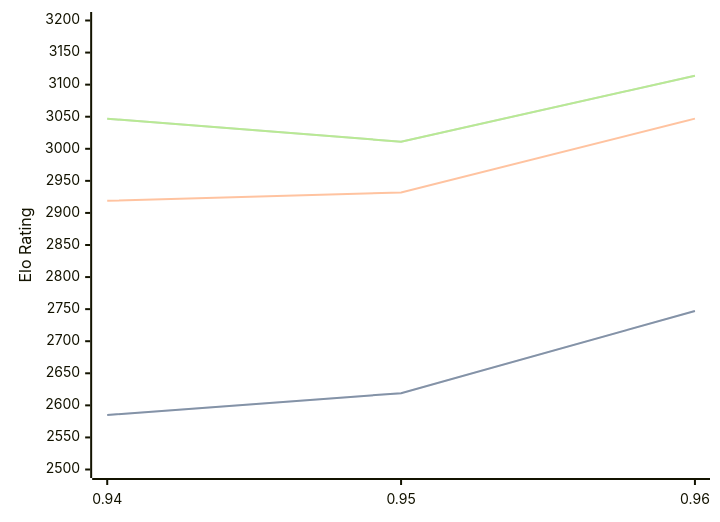
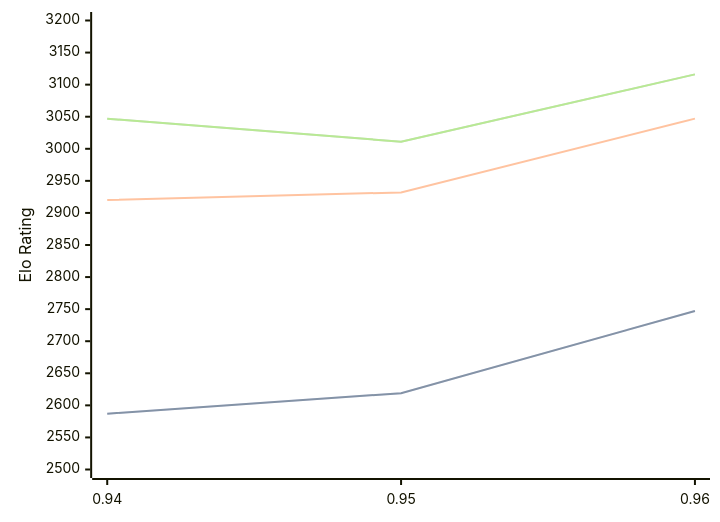
One commit to computer-chess-index/cci changed the third of 3 diagrams in engines/Myrddin.md. Above: the diagram before and after it, drawn with Mermaid. The commit also changed other lines of this file, not shown here.

Commit message:
Update CCI Ratings (ELO VLTC) - 2026-07-04

````diff
--- a/engines/Myrddin.md
+++ b/engines/Myrddin.md
@@ -71,11 +71,11 @@
 ```mermaid
 %%{init: {"theme":"base","themeVariables":{"seriesColors:['#a3a3a3','#222221','#faa371']}}}%%
 xychart-beta
   x-axis ["0.94", "0.95", "0.96"]
   y-axis "Elo Rating" 2500 --> 3200
-  line "STC (8.0+0.08s)" [2585, 2619, 2747]
-  line "STC (8.0+0.08s)" [2585, 2619, 2747]
-  line "LTC (60.0+0.60s)" [2919, 2932, 3047]
-  line "VLTC (2m24s+1.12s)" [3047, 3011, 3114]
-  line "VLTC (2m24s+1.12s)" [3047, 3011, 3114]
+  line "STC (8.0+0.08s)" [2587, 2619, 2747]
+  line "STC (8.0+0.08s)" [2587, 2619, 2747]
+  line "LTC (60.0+0.60s)" [2920, 2932, 3047]
+  line "VLTC (2m24s+1.12s)" [3047, 3011, 3116]
+  line "VLTC (2m24s+1.12s)" [3047, 3011, 3116]
 ```
````
